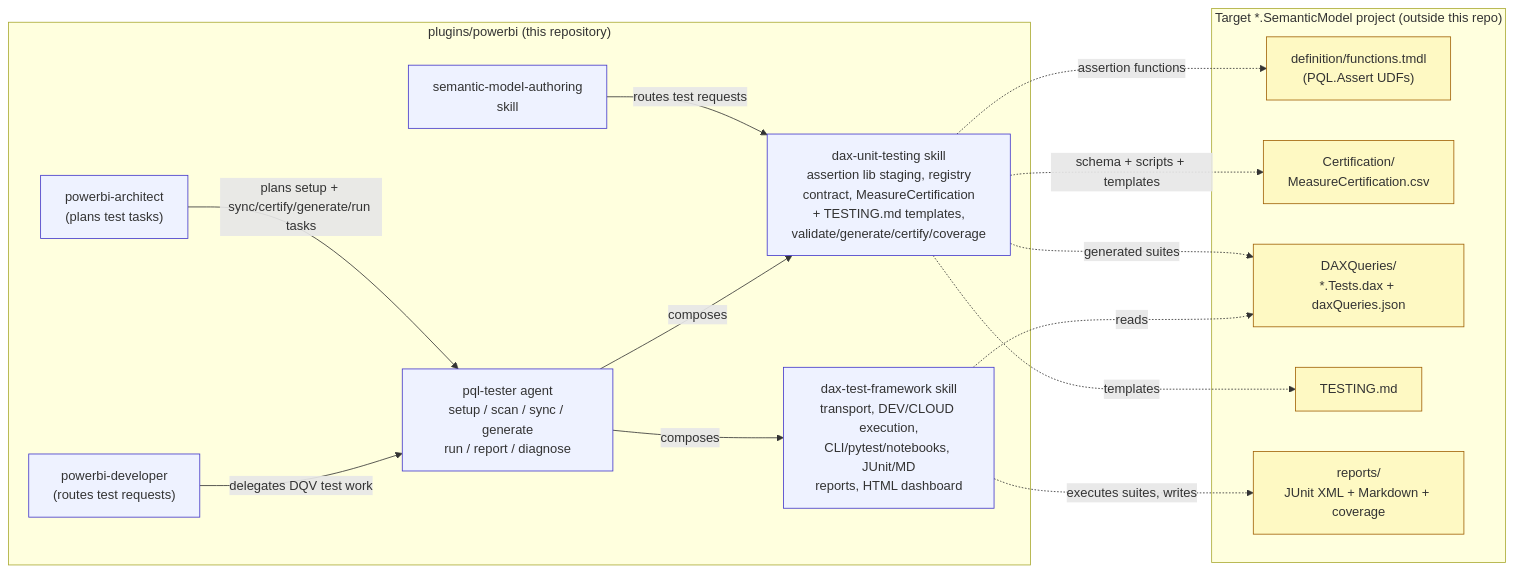
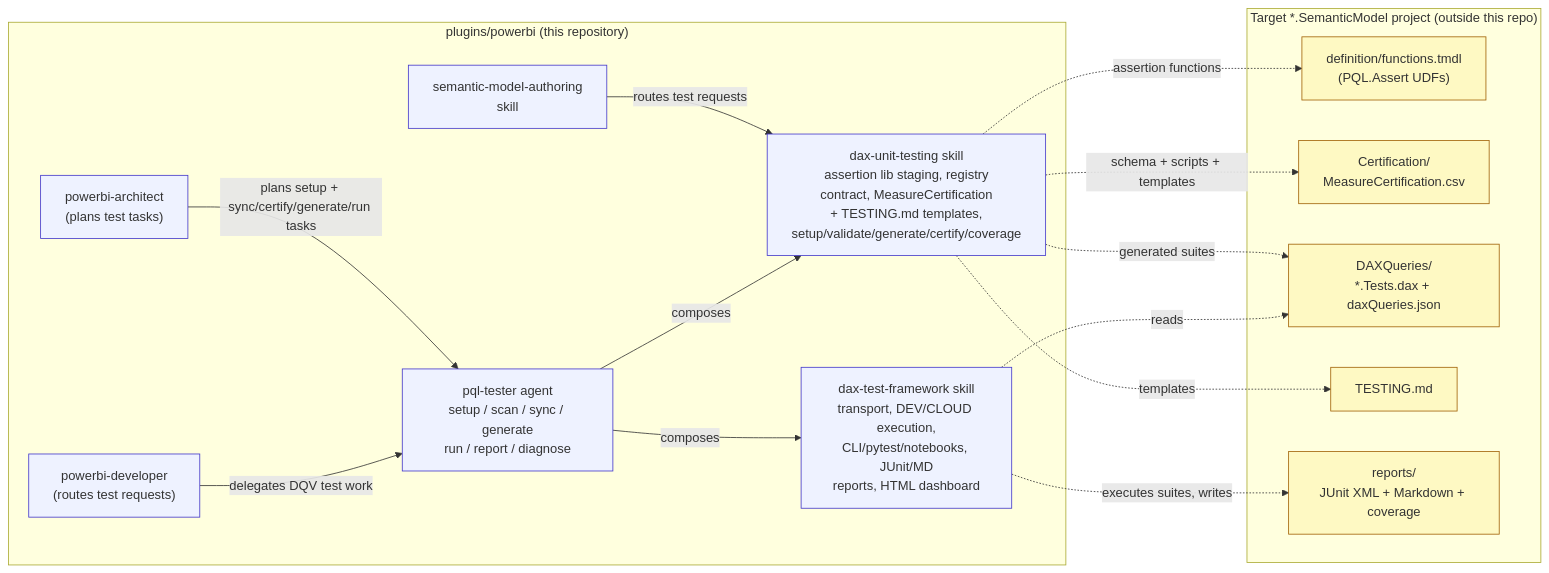
Before and after one commit to YuriChadour/powerbi-agentic-plugins: the first of 2 diagrams in openspec/changes/integrate-pql-assert-dax-testing/design.md, drawn with Mermaid. The commit also changed other lines of this file and 4 other files, not shown here.

````diff
--- a/openspec/changes/integrate-pql-assert-dax-testing/design.md
+++ b/openspec/changes/integrate-pql-assert-dax-testing/design.md
@@ -9,38 +9,38 @@
 ```mermaid
 flowchart LR
     subgraph Plugin["plugins/powerbi (this repository)"]
         Architect["powerbi-architect\n(plans test tasks)"]
         Developer["powerbi-developer\n(routes test requests)"]
         SMA["semantic-model-authoring\nskill"]
         Tester["pql-tester agent\nsetup / scan / sync / generate\nrun / report / diagnose"]
-        DUT["dax-unit-testing skill\nassertion lib staging, registry\ncontract, MeasureCertification\n+ TESTING.md templates,\nvalidate/generate/certify/coverage"]
+        DUT["dax-unit-testing skill\nassertion lib staging, registry\ncontract, MeasureCertification\n+ TESTING.md templates,\nsetup/validate/generate/certify/coverage"]
         DTF["dax-test-framework skill\ntransport, DEV/CLOUD execution,\nCLI/pytest/notebooks, JUnit/MD\nreports, HTML dashboard"]
     end
 
     subgraph Target["Target *.SemanticModel project (outside this repo)"]
         Fn["definition/functions.tmdl\n(PQL.Assert UDFs)"]
         Cert["Certification/\nMeasureCertification.csv"]
         Dax["DAXQueries/\n*.Tests.dax + daxQueries.json"]
         Testing["TESTING.md"]
         Reports["reports/\nJUnit XML + Markdown + coverage"]
     end
 
     Architect -->|"plans setup + sync/certify/generate/run tasks"| Tester
     Developer -->|"delegates DQV test work"| Tester
     SMA -->|"routes test requests"| DUT
 
     Tester -->|"composes"| DUT
     Tester -->|"composes"| DTF
 
     DUT -.->|"schema + scripts + templates"| Cert
     DUT -.->|"templates"| Testing
     DUT -.->|"assertion functions"| Fn
     DUT -.->|"generated suites"| Dax
     DTF -.->|"executes suites, writes"| Reports
     DTF -.->|"reads"| Dax
 
     classDef plugin fill:#eef2ff,stroke:#4338ca,color:#333;
     classDef target fill:#fef9c3,stroke:#a16207,color:#333;
     class Architect,Developer,SMA,Tester,DUT,DTF plugin;
     class Fn,Cert,Dax,Testing,Reports target;
 ```
````
